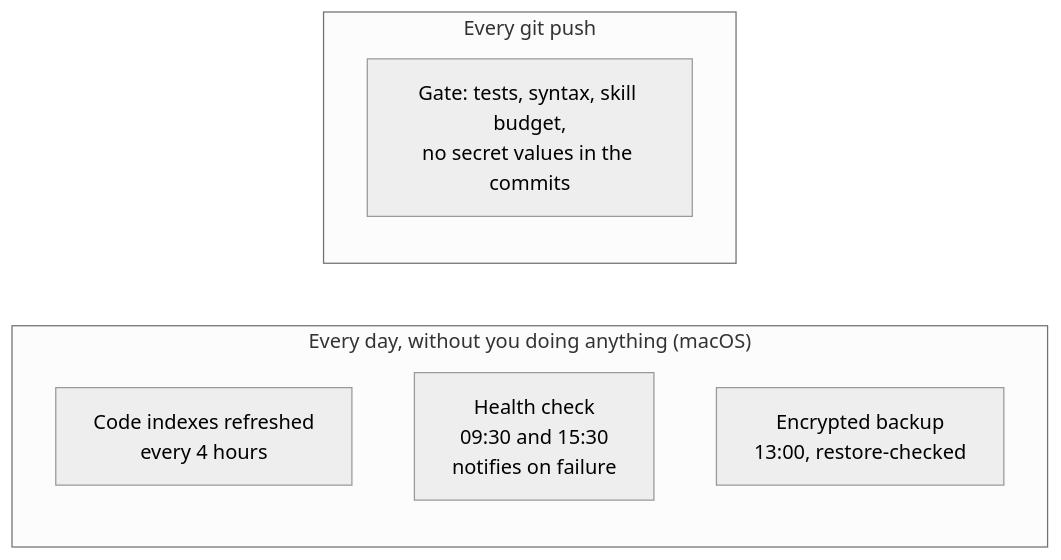
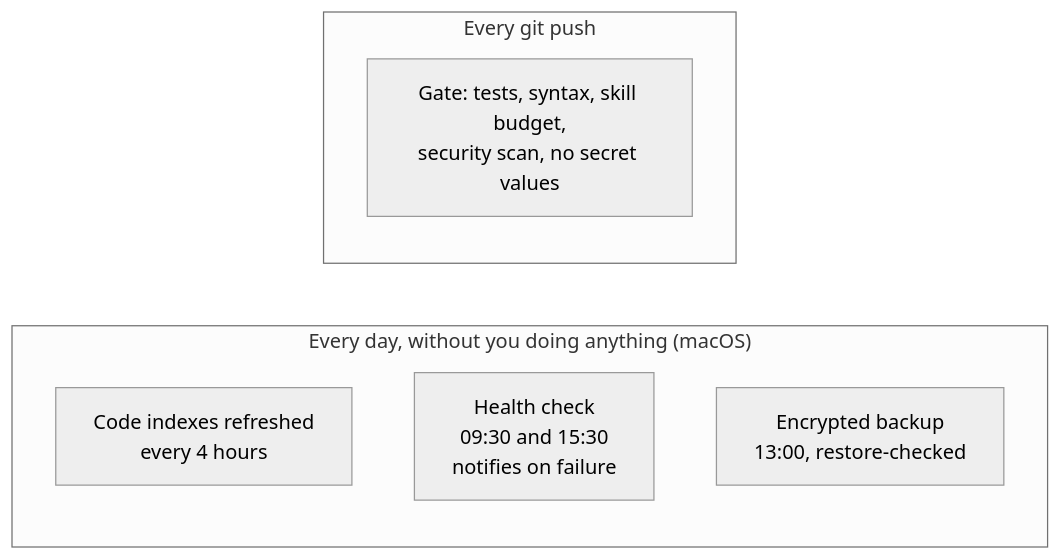
One commit to eddremonts86/ai-os changed the diagram in README.md. Above: the diagram before and after it, drawn with Mermaid (neutral theme). The commit also changed other lines of this file and 6 other files, not shown here.

````diff
--- a/README.md
+++ b/README.md
@@ -22,11 +22,11 @@
 ```mermaid
 flowchart LR
   subgraph day["Every day, without you doing anything (macOS)"]
     R["Code indexes refreshed<br/>every 4 hours"]
     H["Health check<br/>09:30 and 15:30<br/>notifies on failure"]
     B["Encrypted backup<br/>13:00, restore-checked"]
   end
   subgraph push["Every git push"]
-    G["Gate: tests, syntax, skill budget,<br/>no secret values in the commits"]
+    G["Gate: tests, syntax, skill budget,<br/>security scan, no secret values"]
   end
 ```
````
